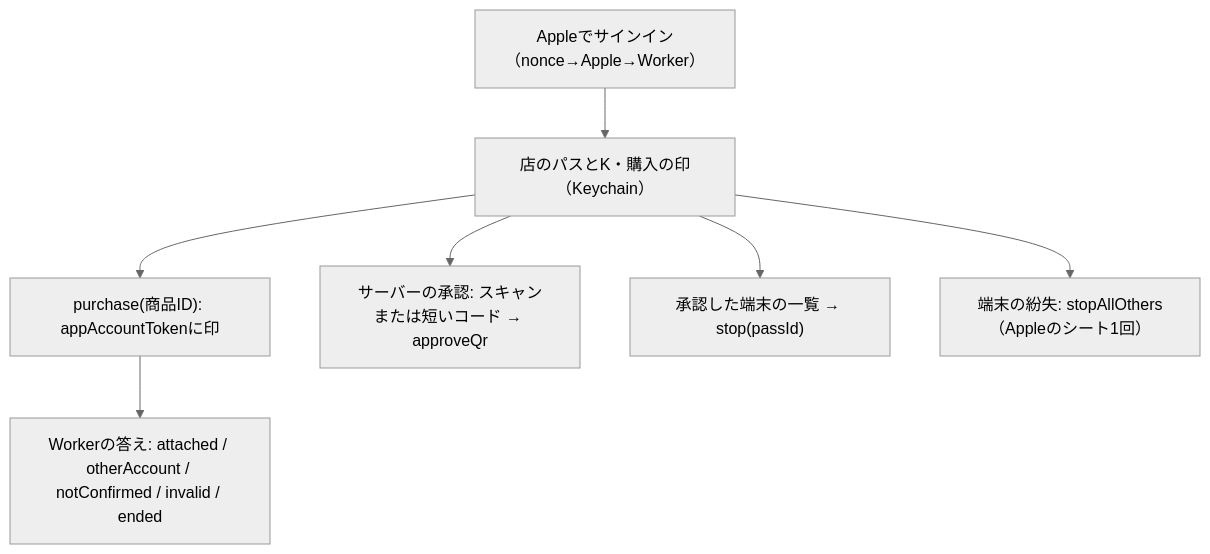
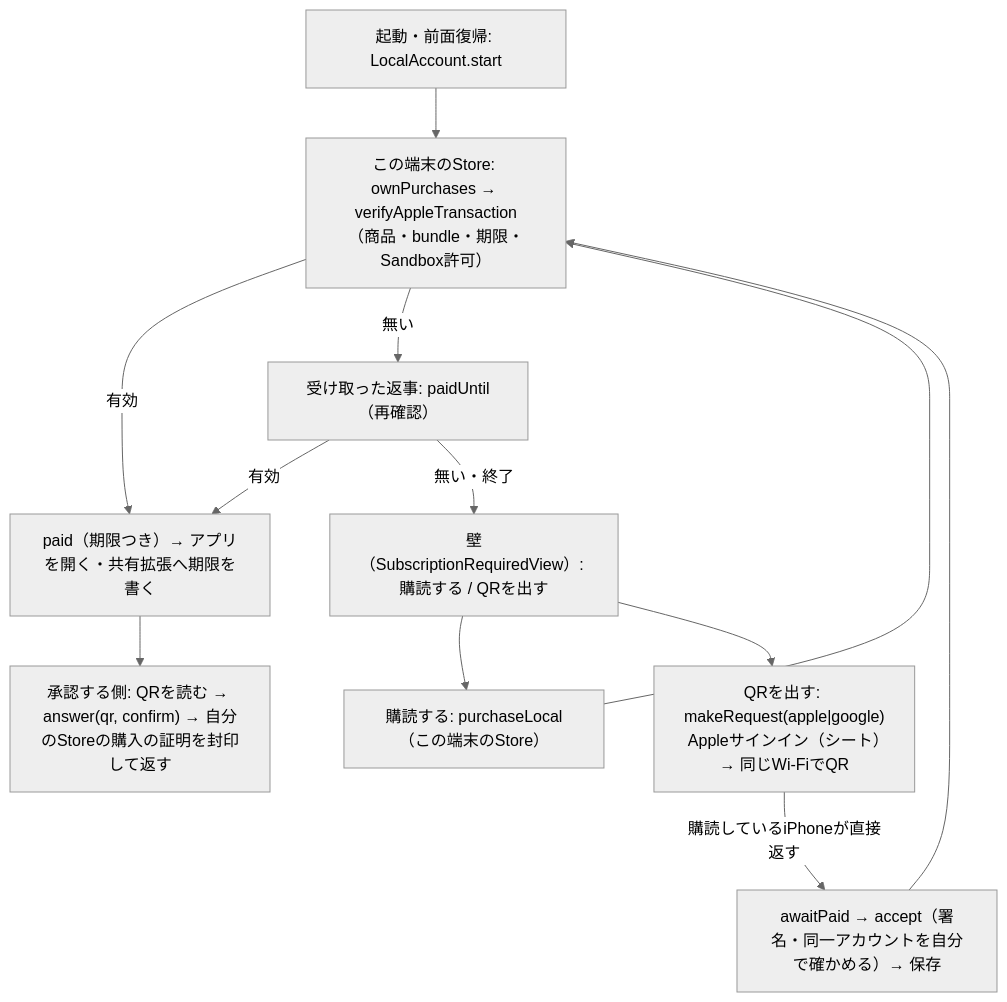
The first of 2 diagrams in docs/architecture/modules/apple/login-billing.md (kitepon/BellTeam), drawn with Mermaid (neutral theme) before and after one commit. The commit also changed other lines of this file and 47 other files, not shown here.

First line of the commit message:
a540 Apple: the local form (login-billing 0.20.0, contract 1.36): purchase checked on the device, QR approval over the same Wi-Fi, no operator

````diff
--- a/docs/architecture/modules/apple/login-billing.md
+++ b/docs/architecture/modules/apple/login-billing.md
@@ -40,9 +21,13 @@
 ```mermaid
 flowchart TD
-  SI["Appleでサインイン（nonce→Apple→Worker）"] --> Pass["店のパスとK・購入の印（Keychain）"]
-  Pass --> Buy["purchase(商品ID): appAccountTokenに印"]
-  Buy --> Word["Workerの答え: attached / otherAccount / notConfirmed / invalid / ended"]
-  Pass --> Approve2["サーバーの承認: スキャンまたは短いコード → approveQr"]
-  Pass --> List["承認した端末の一覧 → stop(passId)"]
-  Pass --> Lost["端末の紛失: stopAllOthers（Appleのシート1回）"]
+  Open["起動・前面復帰: LocalAccount.start"] --> Own["この端末のStore: ownPurchases → verifyAppleTransaction<br/>（商品・bundle・期限・Sandbox許可）"]
+  Own -->|有効| Paid["paid（期限つき）→ アプリを開く・共有拡張へ期限を書く"]
+  Own -->|無い| Acc["受け取った返事: paidUntil（再確認）"]
+  Acc -->|有効| Paid
+  Acc -->|無い・終了| Wall["壁（SubscriptionRequiredView）: 購読する / QRを出す"]
+  Wall --> Buy["購読する: purchaseLocal（この端末のStore）"] --> Own
+  Wall --> Req["QRを出す: makeRequest(apple|google)<br/>Appleサインイン（シート）→ 同じWi-FiでQR"]
+  Req -->|"購読しているiPhoneが直接返す"| Acc2["awaitPaid → accept（署名・同一アカウントを自分で確かめる）→ 保存"]
+  Acc2 --> Own
+  Paid --> Ap["承認する側: QRを読む → answer(qr, confirm) → 自分のStoreの購入の証明を封印して返す"]
 ```
````
